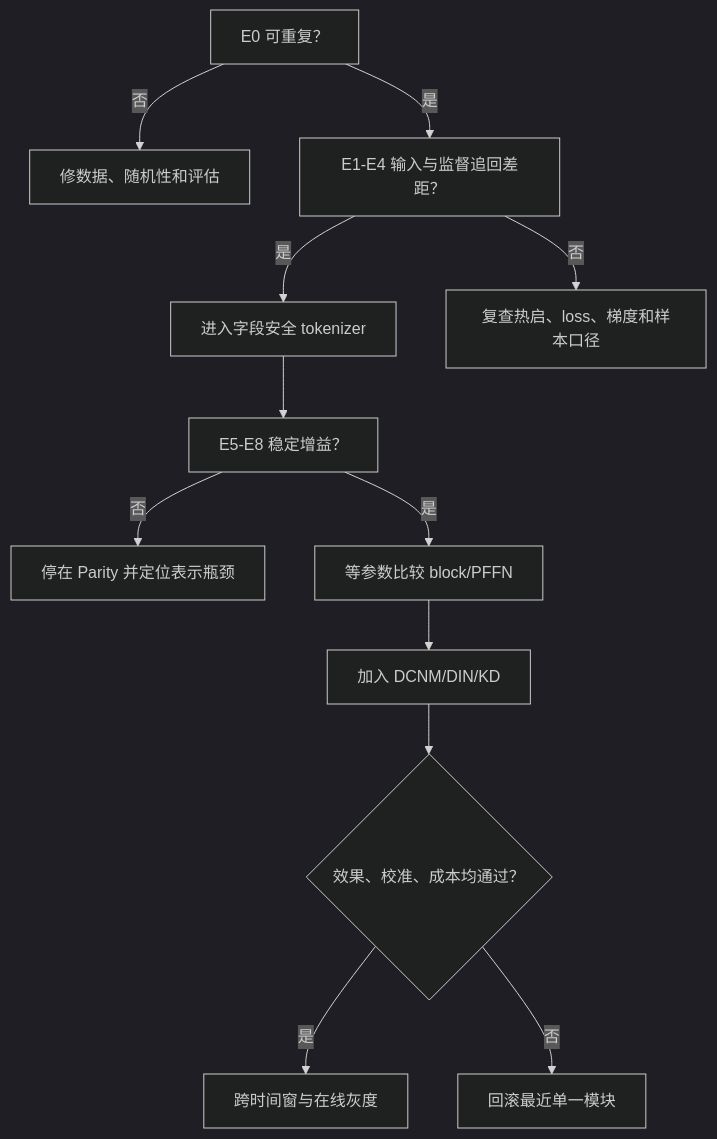
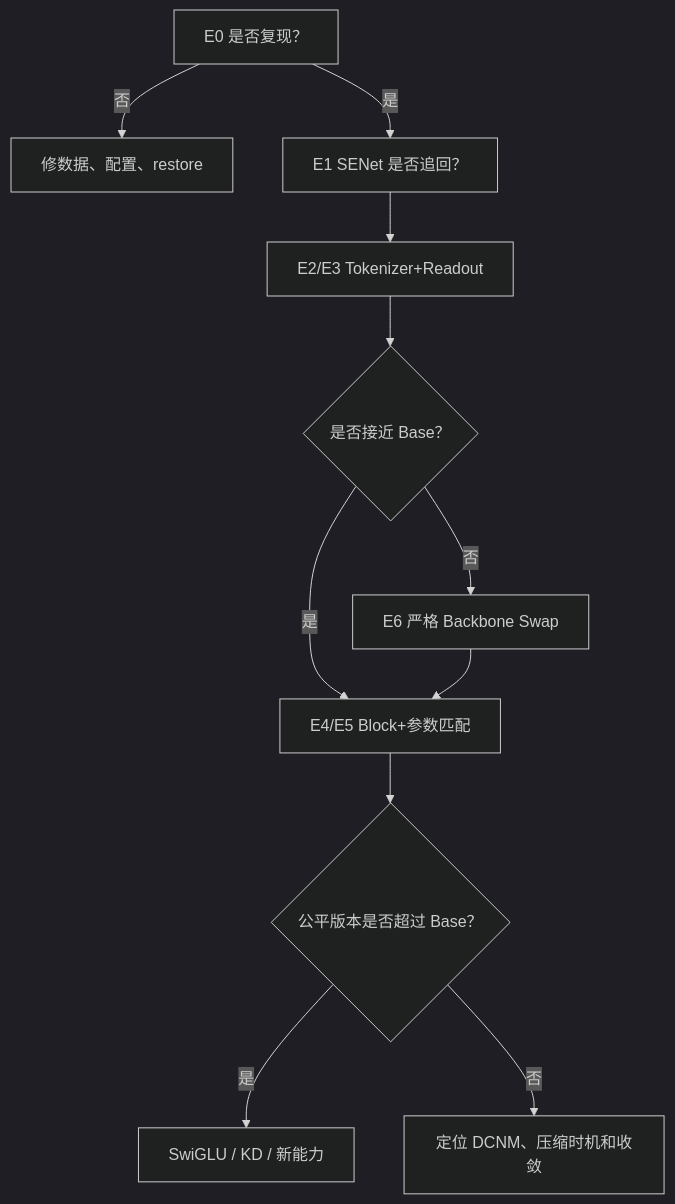
One commit to Bolt00Y/RAS changed the ninth of 9 diagrams in rankmixer/CVR_RankMixer_全量改进方案_按模块分类.md. Above: the diagram before and after it, drawn with Mermaid (dark theme). The commit also changed other lines of this file and 4 other files, not shown here.

```diff
--- a/rankmixer/CVR_RankMixer_全量改进方案_按模块分类.md
+++ b/rankmixer/CVR_RankMixer_全量改进方案_按模块分类.md
@@ -1426,14 +1378,13 @@
 ~~~mermaid
 flowchart TD
-    A["E0 可重复？"] -->|否| A0["修数据、随机性和评估"]
-    A -->|是| B["E1-E4 输入与监督追回差距？"]
-    B -->|是| C["进入字段安全 tokenizer"]
-    B -->|否| D["复查热启、loss、梯度和样本口径"]
-    C --> E["E5-E8 稳定增益？"]
-    E -->|否| F["停在 Parity 并定位表示瓶颈"]
-    E -->|是| G["等参数比较 block/PFFN"]
-    G --> H["加入 DCNM/DIN/KD"]
-    H --> I{"效果、校准、成本均通过？"}
-    I -->|是| J["跨时间窗与在线灰度"]
-    I -->|否| K["回滚最近单一模块"]
+    A["E0 是否复现？"] -->|否| X["修数据、配置、restore"]
+    A -->|是| B["E1 SENet 是否追回？"]
+    B --> C["E2/E3 Tokenizer+Readout"]
+    C --> D{"是否接近 Base？"}
+    D -->|否| E["E6 严格 Backbone Swap"]
+    D -->|是| F["E4/E5 Block+参数匹配"]
+    E --> F
+    F --> G{"公平版本是否超过 Base？"}
+    G -->|是| H["SwiGLU / KD / 新能力"]
+    G -->|否| I["定位 DCNM、压缩时机和收敛"]
 ~~~
```
